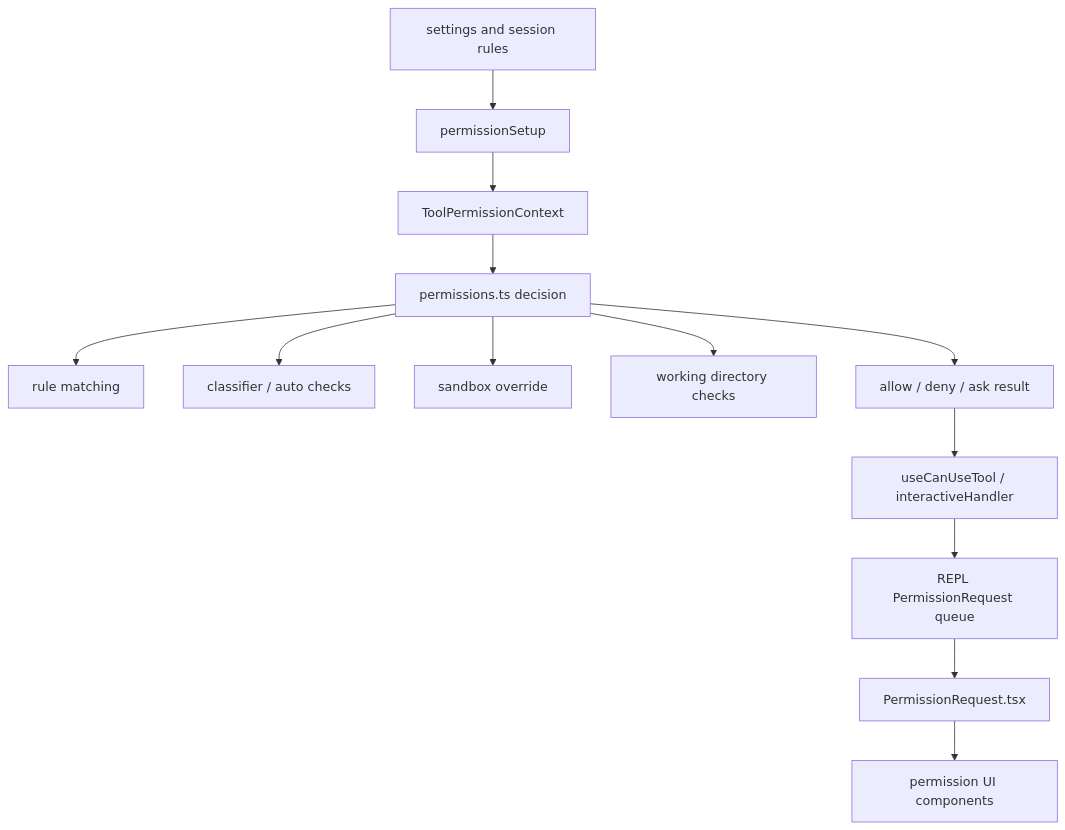
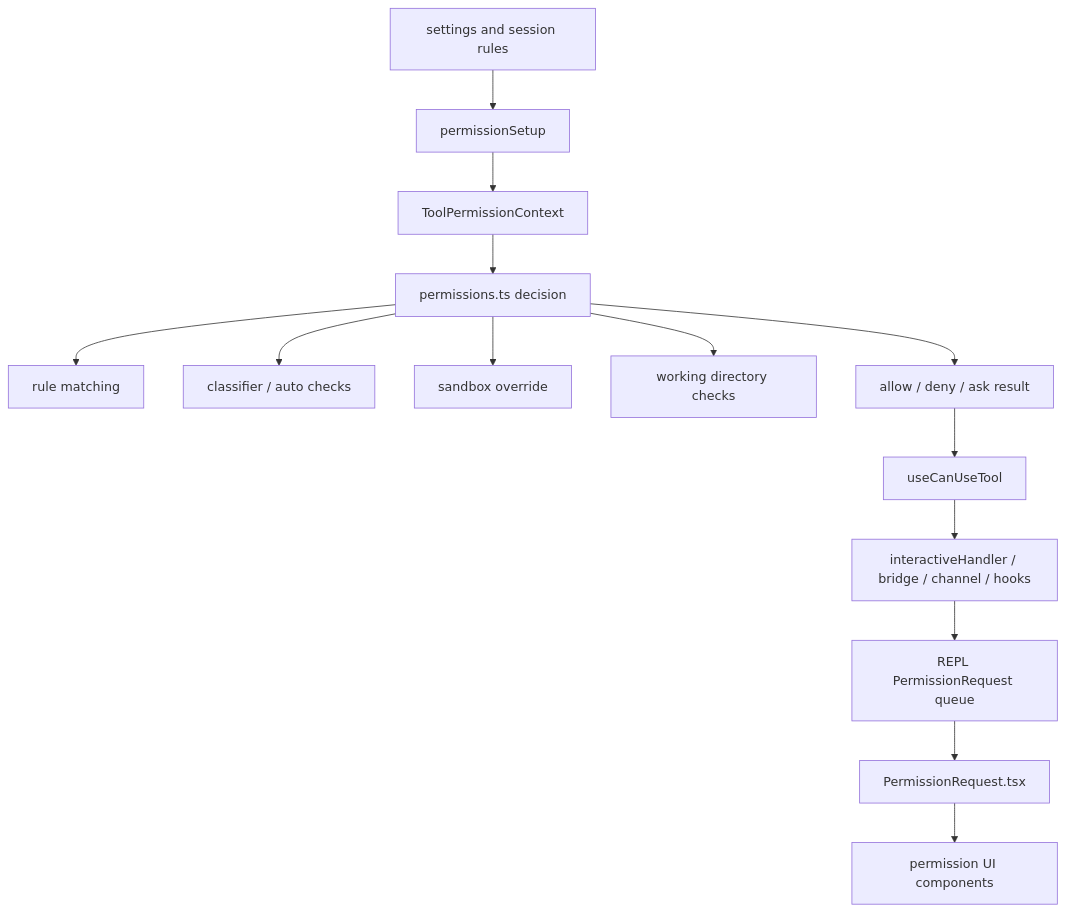
One commit to Boulea7/ClaudeCode-Source-DeepDive changed the diagram in MODULES/06-permissions-sandbox-and-trust/DEEP/README.md. Above: the diagram before and after it, drawn with Mermaid. The commit also changed other lines of this file and 2 other files, not shown here.

Commit message:
docs: deepen remaining module source walkthrough details

````diff
--- a/MODULES/06-permissions-sandbox-and-trust/DEEP/README.md
+++ b/MODULES/06-permissions-sandbox-and-trust/DEEP/README.md
@@ -146,15 +151,16 @@
 ```mermaid
 flowchart TD
     A[settings and session rules] --> B[permissionSetup]
     B --> C[ToolPermissionContext]
     C --> D[permissions.ts decision]
     D --> E[rule matching]
     D --> F[classifier / auto checks]
     D --> G[sandbox override]
     D --> H[working directory checks]
     D --> I[allow / deny / ask result]
-    I --> J[useCanUseTool / interactiveHandler]
-    J --> K[REPL PermissionRequest queue]
-    K --> L[PermissionRequest.tsx]
-    L --> M[permission UI components]
+    I --> J[useCanUseTool]
+    J --> K[interactiveHandler / bridge / channel / hooks]
+    K --> L[REPL PermissionRequest queue]
+    L --> M[PermissionRequest.tsx]
+    M --> N[permission UI components]
 ```
````
